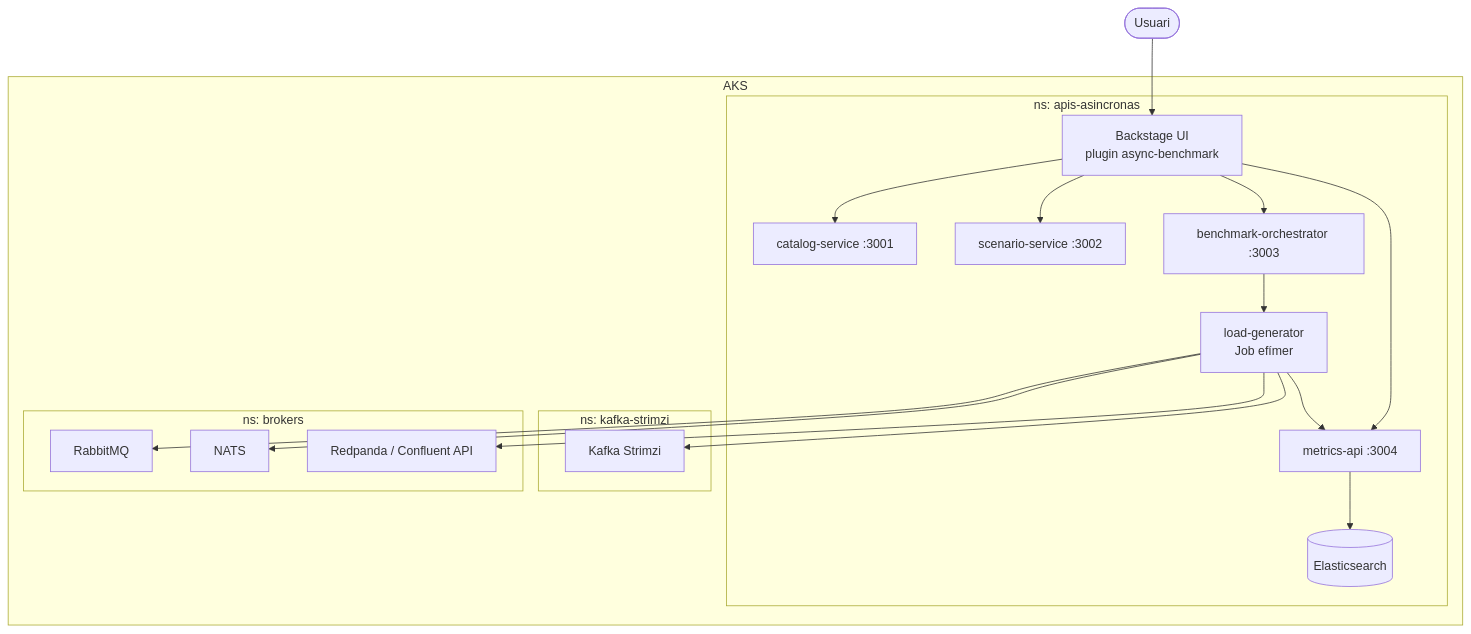
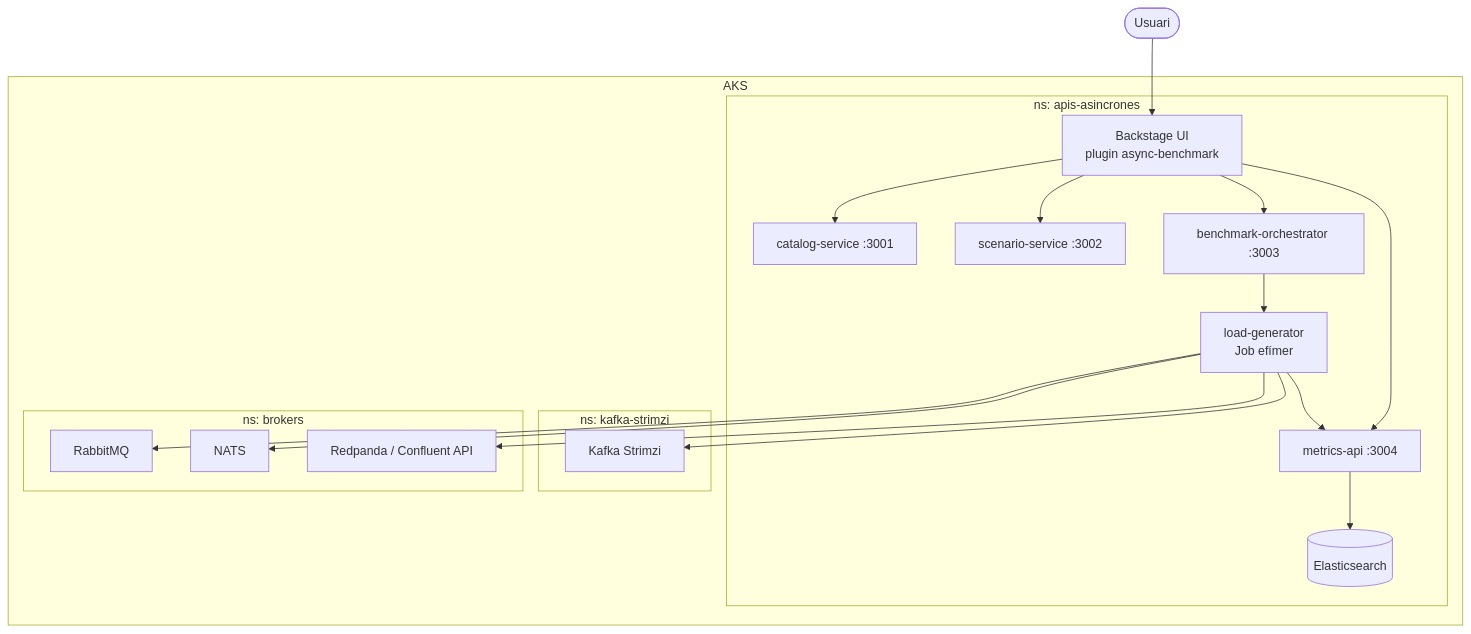
Before and after one commit to marcfontt/apis-asincrones: the diagram in README.md, drawn with Mermaid. The commit also changed other lines of this file and 14 other files, not shown here.

````diff
--- a/README.md
+++ b/README.md
@@ -66,38 +68,38 @@
 ```mermaid
 flowchart TB
     user(["Usuari"]) --> backstage["Backstage UI<br/>plugin async-benchmark"]
 
     subgraph aks["AKS"]
-        subgraph app["ns: apis-asincronas"]
+        subgraph app["ns: apis-asincrones"]
             backstage
             catalog["catalog-service :3001"]
             scenario["scenario-service :3002"]
             orchestrator["benchmark-orchestrator :3003"]
             metrics["metrics-api :3004"]
             es[("Elasticsearch")]
             loadgen["load-generator<br/>Job efímer"]
         end
 
         subgraph kafka["ns: kafka-strimzi"]
             kafkaBroker["Kafka Strimzi"]
         end
 
         subgraph brokers["ns: brokers"]
             rabbit["RabbitMQ"]
             nats["NATS"]
             redpanda["Redpanda / Confluent API"]
         end
     end
 
     backstage --> catalog
     backstage --> scenario
     backstage --> orchestrator
     backstage --> metrics
     orchestrator --> loadgen
     loadgen --> kafkaBroker
     loadgen --> rabbit
     loadgen --> nats
     loadgen --> redpanda
     loadgen --> metrics
     metrics --> es
 ```
````
